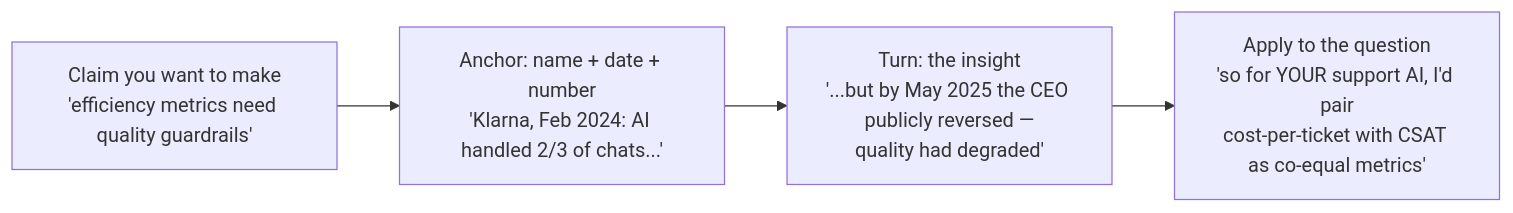
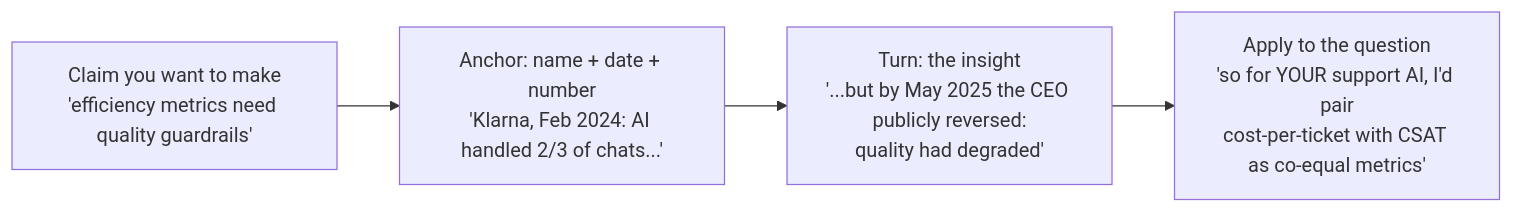
One commit to sugirdadinakar/AI-for-Product-Managers changed the diagram in 06-case-studies/README.md. Above: the diagram before and after it, drawn with Mermaid. The commit also changed other lines of this file and 59 other files, not shown here.

````diff
--- a/06-case-studies/README.md
+++ b/06-case-studies/README.md
@@ -30,6 +30,6 @@
 ```mermaid
 flowchart LR
     A["Claim you want to make<br/>'efficiency metrics need quality guardrails'"] --> B["Anchor: name + date + number<br/>'Klarna, Feb 2024: AI handled 2/3 of chats...'"]
-    B --> C["Turn: the insight<br/>'...but by May 2025 the CEO publicly reversed —<br/>quality had degraded'"]
+    B --> C["Turn: the insight<br/>'...but by May 2025 the CEO publicly reversed:<br/>quality had degraded'"]
     C --> D["Apply to the question<br/>'so for YOUR support AI, I'd pair<br/>cost-per-ticket with CSAT as co-equal metrics'"]
 ```
````
